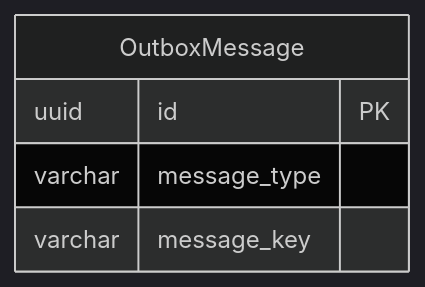
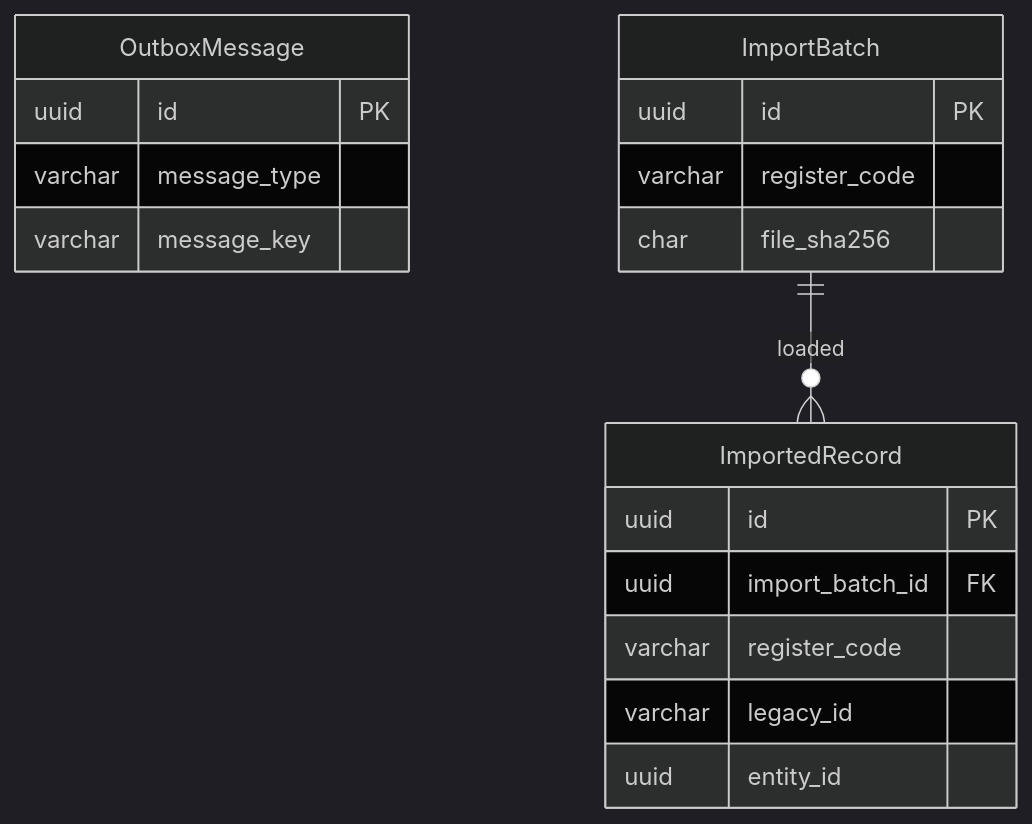
Before and after one commit to baderalhindi/ImplementW: the first of 22 diagrams in docs/architecture/erd.md, drawn with Mermaid (dark theme). The commit also changed other lines of this file and 90 other files, not shown here.

````diff
--- a/docs/architecture/erd.md
+++ b/docs/architecture/erd.md
@@ -85,8 +85,21 @@
 ```mermaid
 erDiagram
     OutboxMessage {
         uuid id PK
         varchar message_type
         varchar message_key
     }
+    ImportBatch {
+        uuid id PK
+        varchar register_code
+        char file_sha256
+    }
+    ImportedRecord {
+        uuid id PK
+        uuid import_batch_id FK
+        varchar register_code
+        varchar legacy_id
+        uuid entity_id
+    }
+    ImportBatch ||--o{ ImportedRecord : "loaded"
 ```
````
